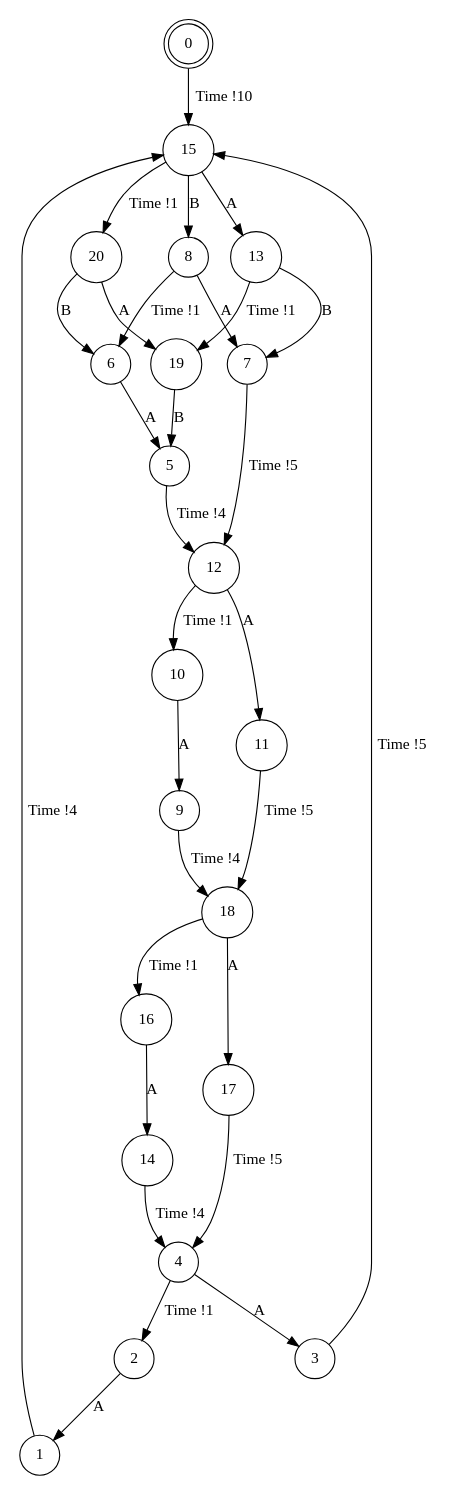
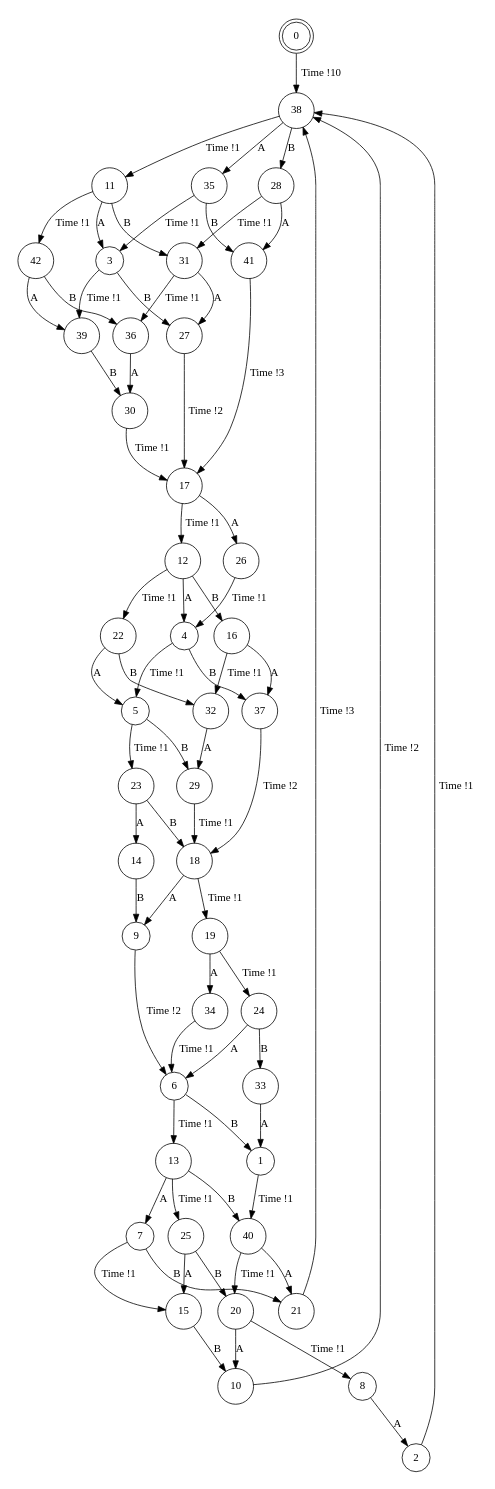
Before and after one commit to irmanfaqrizal/ptsv: the diagram in experiments/example/simple-min.dot, drawn with Graphviz. The commit also changed 126 other files, not shown here.

```diff
--- a/experiments/example/simple-min.dot
+++ b/experiments/example/simple-min.dot
@@ -1,35 +1,76 @@
 digraph BCG {
 size = "7, 10.5";
 center = TRUE;
 node [shape = circle];
 0 [peripheries = 2];
-0 -> 15 [label = "Time !10"];
-1 -> 15 [label = "Time !4"];
-2 -> 1 [label = "A"];
-3 -> 15 [label = "Time !5"];
-4 -> 2 [label = "Time !1"];
-4 -> 3 [label = "A"];
-5 -> 12 [label = "Time !4"];
-6 -> 5 [label = "A"];
-7 -> 12 [label = "Time !5"];
-8 -> 6 [label = "Time !1"];
-8 -> 7 [label = "A"];
-9 -> 18 [label = "Time !4"];
-10 -> 9 [label = "A"];
-11 -> 18 [label = "Time !5"];
-12 -> 10 [label = "Time !1"];
-12 -> 11 [label = "A"];
-13 -> 19 [label = "Time !1"];
-13 -> 7 [label = "B"];
-14 -> 4 [label = "Time !4"];
-15 -> 13 [label = "A"];
-15 -> 20 [label = "Time !1"];
-15 -> 8 [label = "B"];
-16 -> 14 [label = "A"];
-17 -> 4 [label = "Time !5"];
-18 -> 16 [label = "Time !1"];
-18 -> 17 [label = "A"];
-19 -> 5 [label = "B"];
-20 -> 19 [label = "A"];
-20 -> 6 [label = "B"];
+0 -> 38 [label = "Time !10"];
+1 -> 40 [label = "Time !1"];
+2 -> 38 [label = "Time !1"];
+3 -> 39 [label = "Time !1"];
+3 -> 27 [label = "B"];
+4 -> 37 [label = "B"];
+4 -> 5 [label = "Time !1"];
+5 -> 23 [label = "Time !1"];
+5 -> 29 [label = "B"];
+6 -> 1 [label = "B"];
+6 -> 13 [label = "Time !1"];
+7 -> 15 [label = "Time !1"];
+7 -> 21 [label = "B"];
+8 -> 2 [label = "A"];
+9 -> 6 [label = "Time !2"];
+10 -> 38 [label = "Time !2"];
+11 -> 42 [label = "Time !1"];
+11 -> 3 [label = "A"];
+11 -> 31 [label = "B"];
+12 -> 4 [label = "A"];
+12 -> 16 [label = "B"];
+12 -> 22 [label = "Time !1"];
+13 -> 40 [label = "B"];
+13 -> 7 [label = "A"];
+13 -> 25 [label = "Time !1"];
+14 -> 9 [label = "B"];
+15 -> 10 [label = "B"];
+16 -> 37 [label = "A"];
+16 -> 32 [label = "Time !1"];
+17 -> 12 [label = "Time !1"];
+17 -> 26 [label = "A"];
+18 -> 9 [label = "A"];
+18 -> 19 [label = "Time !1"];
+19 -> 34 [label = "A"];
+19 -> 24 [label = "Time !1"];
+20 -> 8 [label = "Time !1"];
+20 -> 10 [label = "A"];
+21 -> 38 [label = "Time !3"];
+22 -> 5 [label = "A"];
+22 -> 32 [label = "B"];
+23 -> 14 [label = "A"];
+23 -> 18 [label = "B"];
+24 -> 6 [label = "A"];
+24 -> 33 [label = "B"];
+25 -> 15 [label = "A"];
+25 -> 20 [label = "B"];
+26 -> 4 [label = "Time !1"];
+27 -> 17 [label = "Time !2"];
+28 -> 41 [label = "A"];
+28 -> 31 [label = "Time !1"];
+29 -> 18 [label = "Time !1"];
+30 -> 17 [label = "Time !1"];
+31 -> 36 [label = "Time !1"];
+31 -> 27 [label = "A"];
+32 -> 29 [label = "A"];
+33 -> 1 [label = "A"];
+34 -> 6 [label = "Time !1"];
+35 -> 41 [label = "B"];
+35 -> 3 [label = "Time !1"];
+36 -> 30 [label = "A"];
+37 -> 18 [label = "Time !2"];
+38 -> 35 [label = "A"];
+38 -> 11 [label = "Time !1"];
+38 -> 28 [label = "B"];
+39 -> 30 [label = "B"];
+40 -> 20 [label = "Time !1"];
+40 -> 21 [label = "A"];
+41 -> 17 [label = "Time !3"];
+42 -> 36 [label = "B"];
+42 -> 39 [label = "A"];
 }
```
